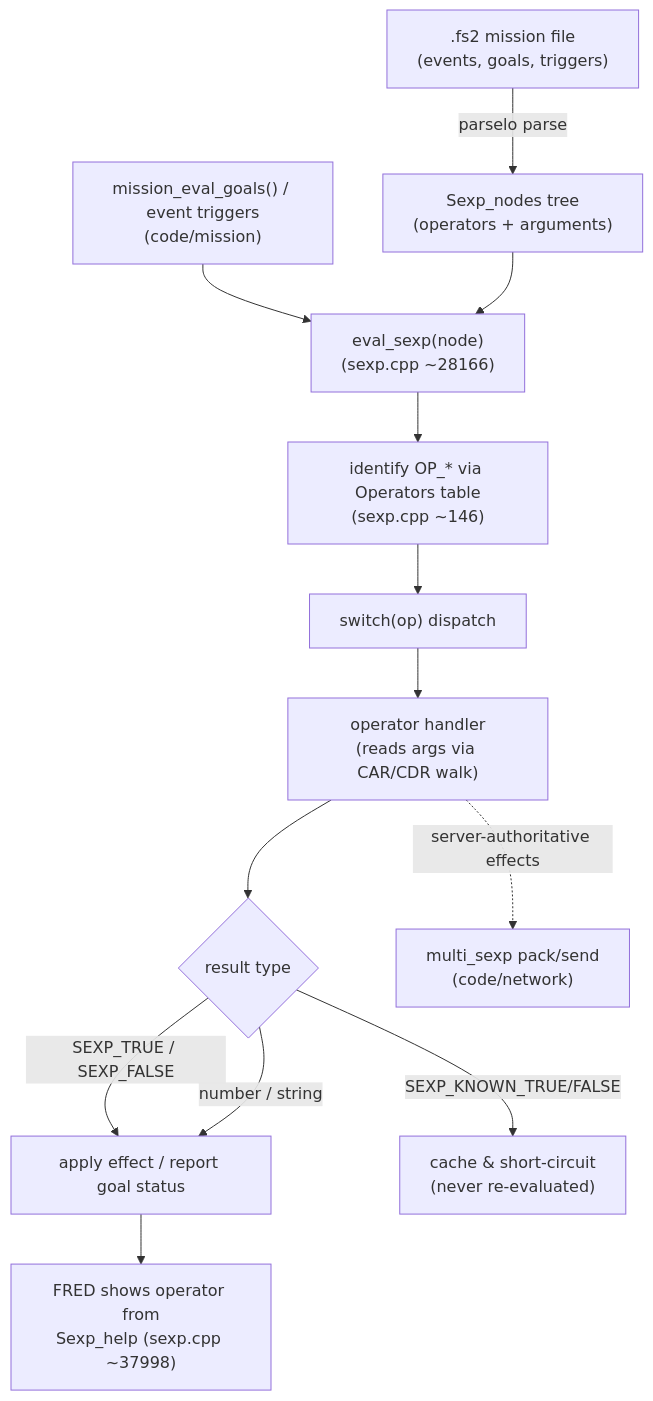
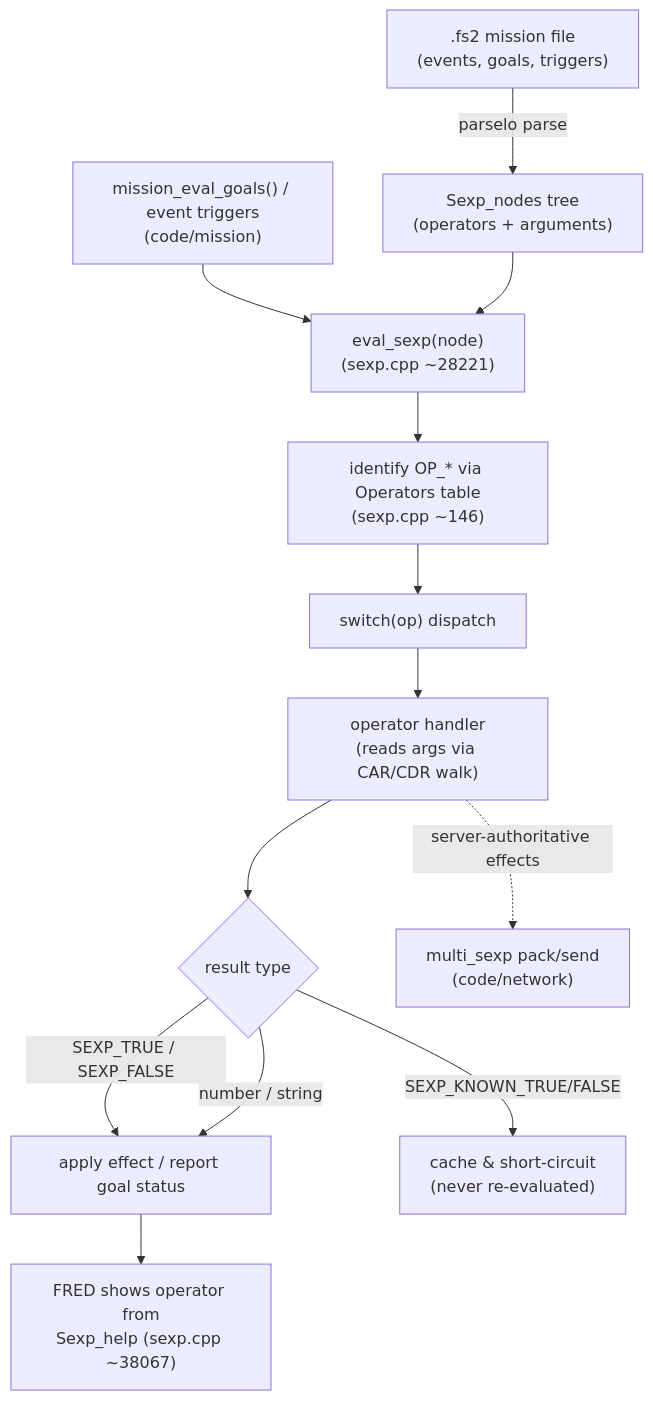
Before and after one commit to scp-fs2open/fs2open.github.com: the diagram in documentation/modules/parse.md, drawn with Mermaid. The commit also changed 7 other files, not shown here.

````diff
--- a/documentation/modules/parse.md
+++ b/documentation/modules/parse.md
@@ -39,15 +39,15 @@
 ```mermaid
 flowchart TD
     fs2[".fs2 mission file<br/>(events, goals, triggers)"] -->|parselo parse| tree["Sexp_nodes tree<br/>(operators + arguments)"]
-    eval_src["mission_eval_goals() / event triggers<br/>(code/mission)"] --> eval["eval_sexp(node)<br/>(sexp.cpp ~28166)"]
+    eval_src["mission_eval_goals() / event triggers<br/>(code/mission)"] --> eval["eval_sexp(node)<br/>(sexp.cpp ~28221)"]
     tree --> eval
     eval --> ident["identify OP_* via Operators table<br/>(sexp.cpp ~146)"]
     ident --> sw["switch(op) dispatch"]
     sw --> handler["operator handler<br/>(reads args via CAR/CDR walk)"]
     handler --> ret{"result type"}
     ret -->|"SEXP_TRUE / SEXP_FALSE"| state["apply effect / report goal status"]
     ret -->|"SEXP_KNOWN_TRUE/FALSE"| cache["cache & short-circuit<br/>(never re-evaluated)"]
     ret -->|number / string| state
     handler -.->|server-authoritative effects| multi["multi_sexp pack/send<br/>(code/network)"]
-    state --> help["FRED shows operator from<br/>Sexp_help (sexp.cpp ~37998)"]
+    state --> help["FRED shows operator from<br/>Sexp_help (sexp.cpp ~38067)"]
 ```
````
